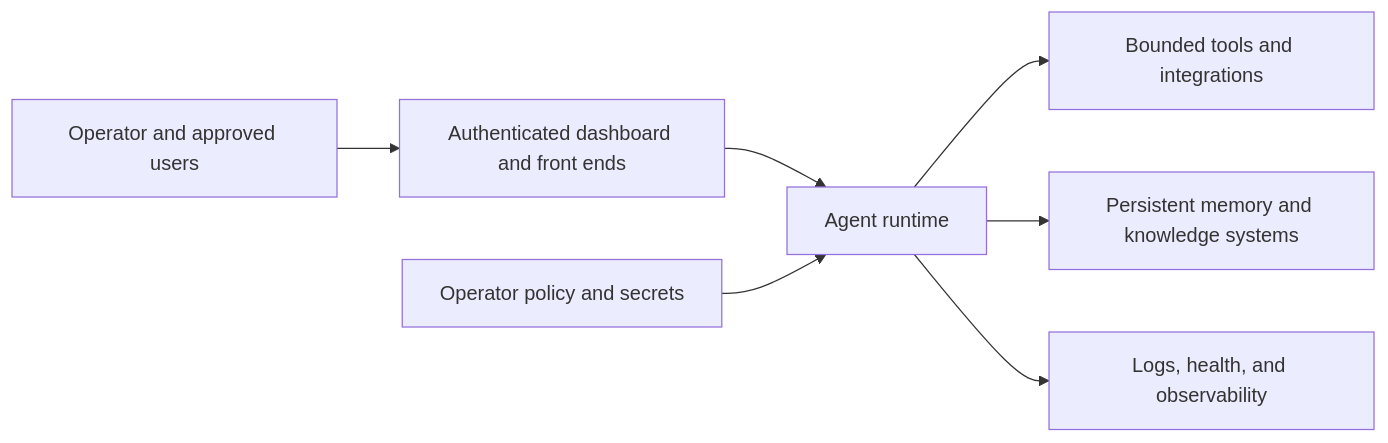
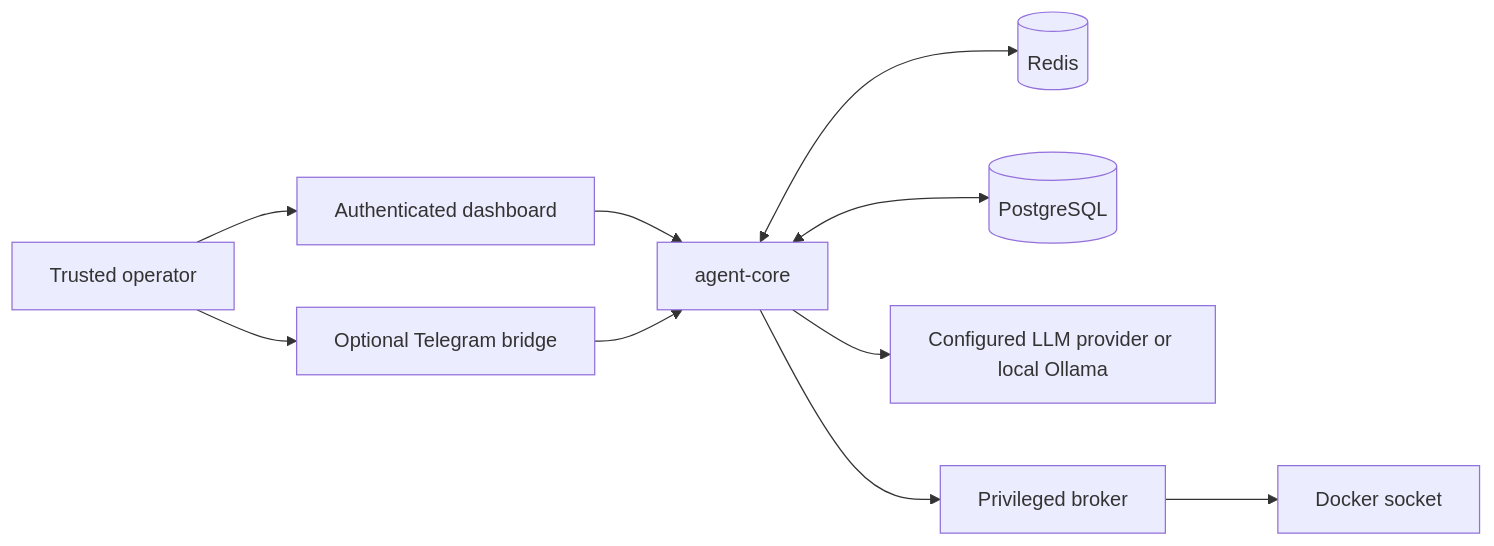
One commit to DropShock-Digital/agentwasp changed the diagram in README.DRAFT.md. Above: the diagram before and after it, drawn with Mermaid. The commit also changed other lines of this file, not shown here.

Commit message:
docs: correct WASP runtime README draft

````diff
--- a/README.DRAFT.md
+++ b/README.DRAFT.md
@@ -17,9 +19,12 @@
 ```mermaid
 flowchart LR
-  A[Operator and approved users] --> B[Authenticated dashboard and front ends]
-  B --> C[Agent runtime]
-  C --> D[Bounded tools and integrations]
-  C --> E[Persistent memory and knowledge systems]
-  C --> F[Logs, health, and observability]
-  G[Operator policy and secrets] --> C
+  O[Trusted operator] --> D[Authenticated dashboard]
+  O --> T[Optional Telegram bridge]
+  D --> C[agent-core]
+  T --> C
+  C <--> R[(Redis)]
+  C <--> P[(PostgreSQL)]
+  C --> L[Configured LLM provider or local Ollama]
+  C --> B[Privileged broker]
+  B --> S[Docker socket]
 ```
````
